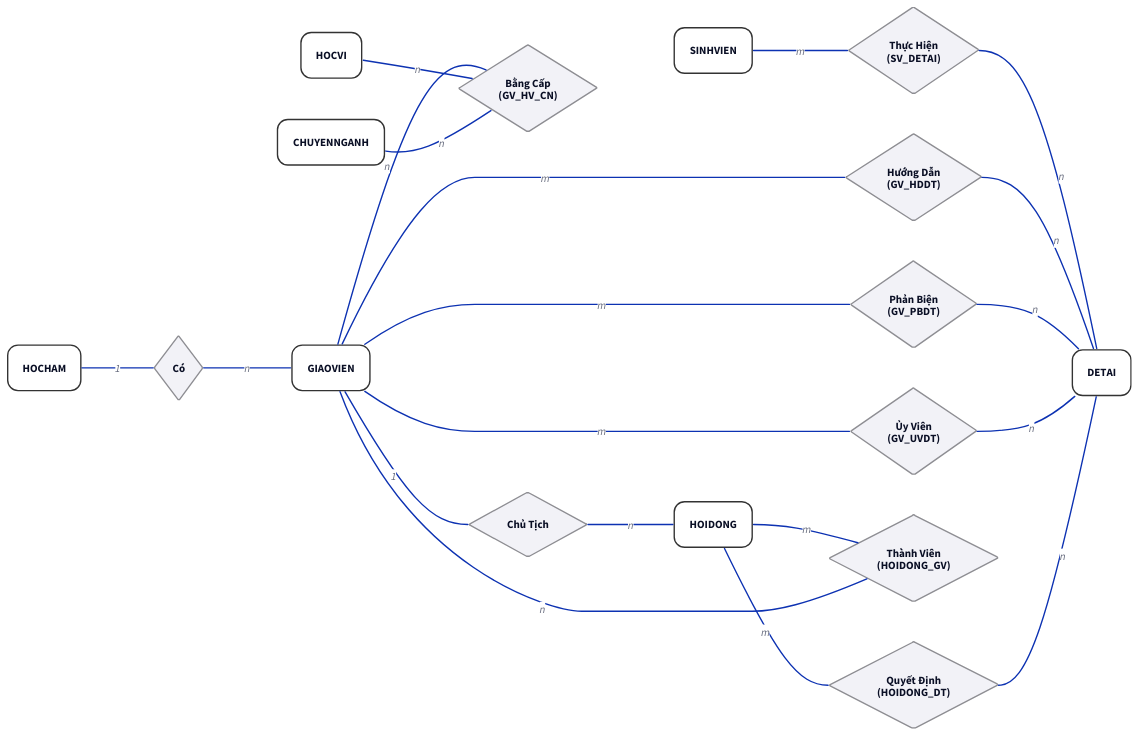
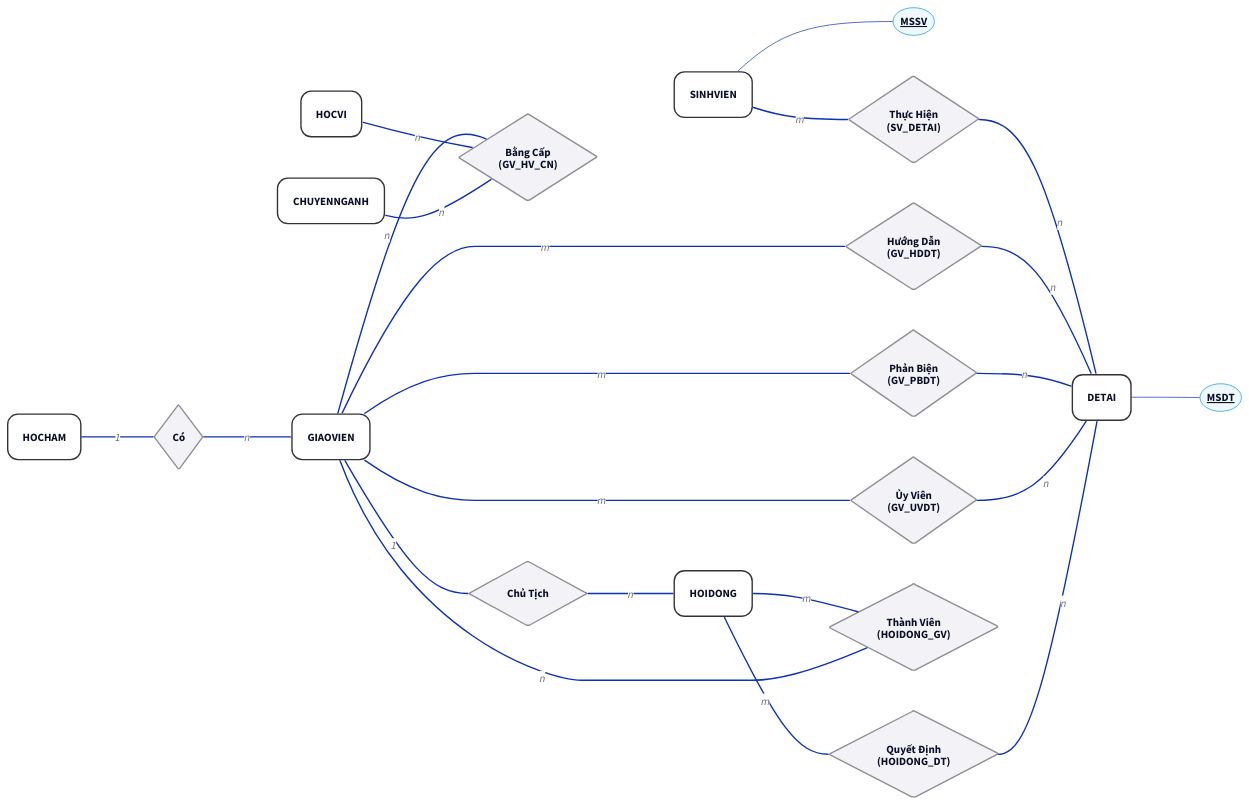
One commit to sam-uit/typst-report-template changed the diagram in content/diagrams/BTTH6-ER.d2. Above: the diagram before and after it, drawn with D2.

```diff
--- a/content/diagrams/BTTH6-ER.d2
+++ b/content/diagrams/BTTH6-ER.d2
@@ -1,120 +1,152 @@
 # Template: D2
 # Author: Sam Dinh
 # Mục đích: Tạo ER Diagram Chen Notation cho BTTH2.
 # Trang nguồn: https://d2lang.com/
 # VSCode extension: Terrastruct.d2
 
 direction: right
 
 # Tiêu đề: căn góc trên-giữa
 # title: |md
 #   # BTTH2: Mô Hình Thực Thể Quan Hệ (Chen Notation)
 # | {near: top-center}
 
 # title.style: {
 #   font-size: 20
 # font: "mono"
 # }
 
 # --- 0. STYLES ---
 style: {
   # font: "mono"
   opacity: 0.0
   # fill: "#dcdcdc"
   # stroke: "orange"
   # stroke-width: 5
 }
 
 # --- 1. CSS STYLES (THEME) ---
 classes: {
   # Thực thể (Entity): Chữ nhật
   entity: {
     shape: rectangle
     style: {
       border-radius: 15
       stroke-width: 2
       fill: "#FFFFFF"
       stroke: "#333333"
     }
   }
 
   # Quan hệ (Relationship): Hình thoi
   rel: {
     shape: diamond
     style: {
       fill: "#F2F2F7"
       stroke: "#8E8E93"
       stroke-width: 2
     }
   }
+
+  # Thuộc tính: Oval (chưa dùng nhiều để tránh rối)
+  attr: {
+    shape: oval
+    width: 60
+    height: 40
+    style: {
+      fill: "#F0F8FF"
+      stroke: "#0d95de"
+      stroke-width: 1
+      font-size: 20
+    }
+  }
+
+  attr_pri: {
+    shape: oval
+    width: 60
+    height: 40
+    style: {
+      fill: "#F0F8FF"
+      stroke: "#0d95de"
+      stroke-width: 1
+      # font-size: 20
+      underline: true
+    }
+  }
 }
 
 # --- 2. ENTITIES (THỰC THỂ) ---
 
 SINHVIEN: {class: entity; label: "SINHVIEN"}
 DETAI: {class: entity; label: "DETAI"}
 GIAOVIEN: {class: entity; label: "GIAOVIEN"}
 HOCHAM: {class: entity; label: "HOCHAM"}
 HOCVI: {class: entity; label: "HOCVI"}
 CHUYENNGANH: {class: entity; label: "CHUYENNGANH"}
 HOIDONG: {class: entity; label: "HOIDONG"}
+
+sinhvien_mssv: {class: attr_pri; label: "MSSV"}
+SINHVIEN -- sinhvien_mssv: {style: {stroke-width: 1}}
+
+detai_msdt: {class: attr_pri; label: "MSDT"}
+DETAI -- detai_msdt: {style: {stroke-width: 1}}
 
 # --- 3. RELATIONSHIPS (MỐI QUAN HỆ) ---
 
 # N-N Relationships (Explicit Tables)
 SV_DETAI: {class: rel; label: "Thực Hiện\n(SV_DETAI)"}
 GV_HDDT: {class: rel; label: "Hướng Dẫn\n(GV_HDDT)"}
 GV_PBDT: {class: rel; label: "Phản Biện\n(GV_PBDT)"}
 GV_UVDT: {class: rel; label: "Ủy Viên\n(GV_UVDT)"}
 HOIDONG_GV: {class: rel; label: "Thành Viên\n(HOIDONG_GV)"}
 HOIDONG_DT: {class: rel; label: "Quyết Định\n(HOIDONG_DT)"}
 
 # Ternary Relationship (GV_HV_CN)
 GV_HV_CN: {class: rel; label: "Bằng Cấp\n(GV_HV_CN)"}
 
 # 1-N Relationships (Logical)
 co_hoc_ham: {class: rel; label: "Có"}
 chu_tich: {class: rel; label: "Chủ Tịch"}
 
 # --- 4. CONNECTIONS (CARDINALITY) ---
 
 # --- Sinh Viên & Đề Tài ---
 # N-N: SV - DeTai
 SINHVIEN -- SV_DETAI: m
 SV_DETAI -- DETAI: n
 
 # --- Giáo Viên & Đề Tài (Vai trò) ---
 # N-N: GV Huong Dan DT
 GIAOVIEN -- GV_HDDT: m
 GV_HDDT -- DETAI: n
 
 # N-N: GV Phan Bien DT
 GIAOVIEN -- GV_PBDT: m
 GV_PBDT -- DETAI: n
 
 # N-N: GV Uy Vien DT
 GIAOVIEN -- GV_UVDT: m
 GV_UVDT -- DETAI: n
 
 # --- Giáo Viên & Học Hàm / Học Vị / Chuyên Ngành ---
 # 1-N: Giao Vien - Hoc Ham (Giao vien thuoc 1 Hoc ham)
 HOCHAM -- co_hoc_ham: 1
 co_hoc_ham -- GIAOVIEN: n
 
 # Ternary N-N-N: GV - HV - CN
 GIAOVIEN -- GV_HV_CN: n
 HOCVI -- GV_HV_CN: n
 CHUYENNGANH -- GV_HV_CN: n
 
 # --- Hội Đồng ---
 # 1-N: Giao Vien lam Chu Tich HD
 GIAOVIEN -- chu_tich: 1
 chu_tich -- HOIDONG: n
 
 # N-N: Thanh vien Hoi Dong (Giao vien tham gia HD)
 HOIDONG -- HOIDONG_GV: m
 HOIDONG_GV -- GIAOVIEN: n
 
 # N-N: Hoi Dong cham De Tai (Quyet Dinh)
 HOIDONG -- HOIDONG_DT: m
 HOIDONG_DT -- DETAI: n
```
